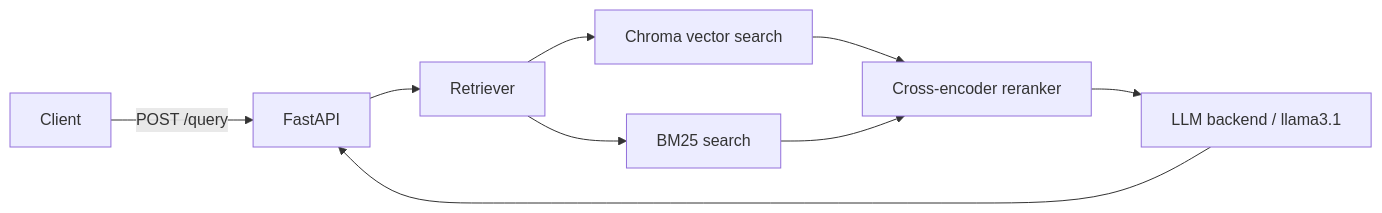
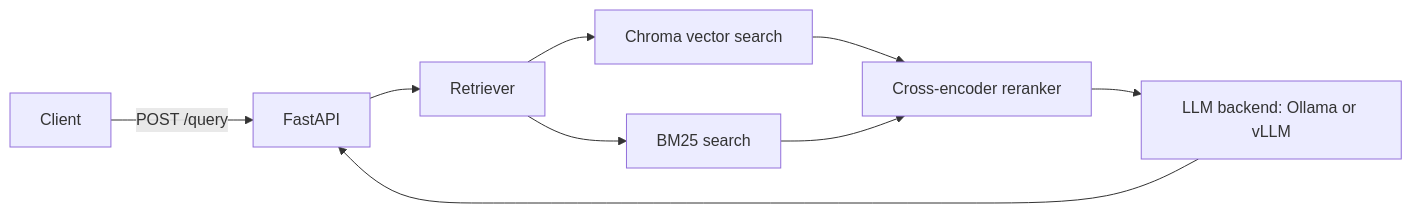
One commit to bomin0624/ollama-rag-webapp changed the diagram in README.md. Above: the diagram before and after it, drawn with Mermaid. The commit also changed other lines of this file and 6 other files, not shown here.

````diff
--- a/README.md
+++ b/README.md
@@ -10,11 +11,11 @@
 ```mermaid
 flowchart LR
     Client -->|POST /query| API[FastAPI]
     API --> Retriever
     Retriever --> Vector[Chroma vector search]
     Retriever --> BM25[BM25 search]
     Vector --> Reranker[Cross-encoder reranker]
     BM25 --> Reranker
-    Reranker --> LLM[LLM backend / llama3.1]
+    Reranker --> LLM[LLM backend: Ollama or vLLM]
     LLM --> API
 ```
````
